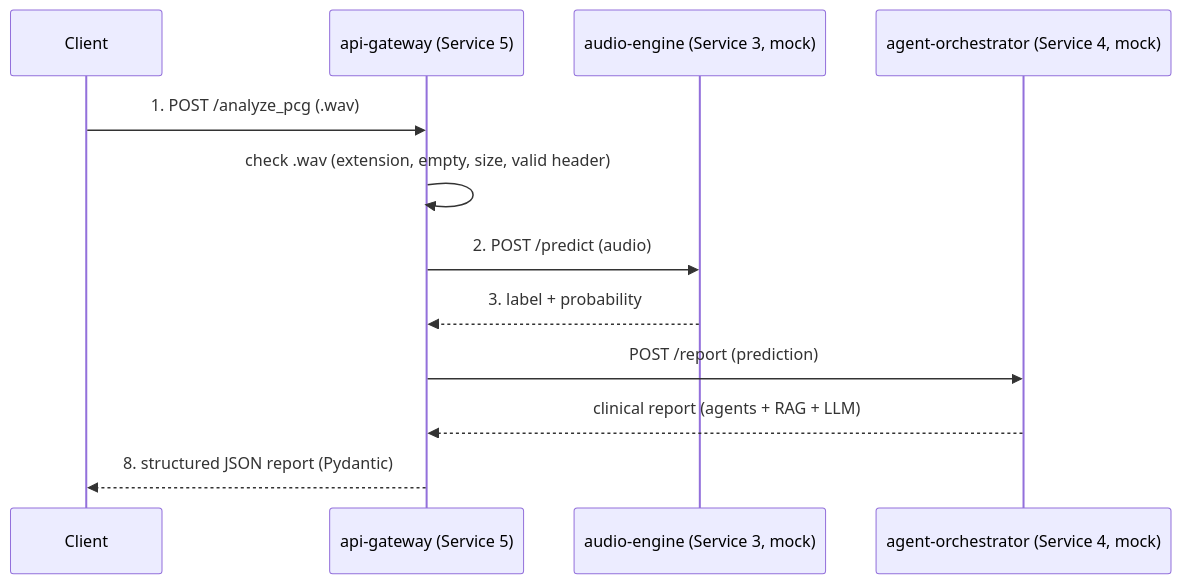
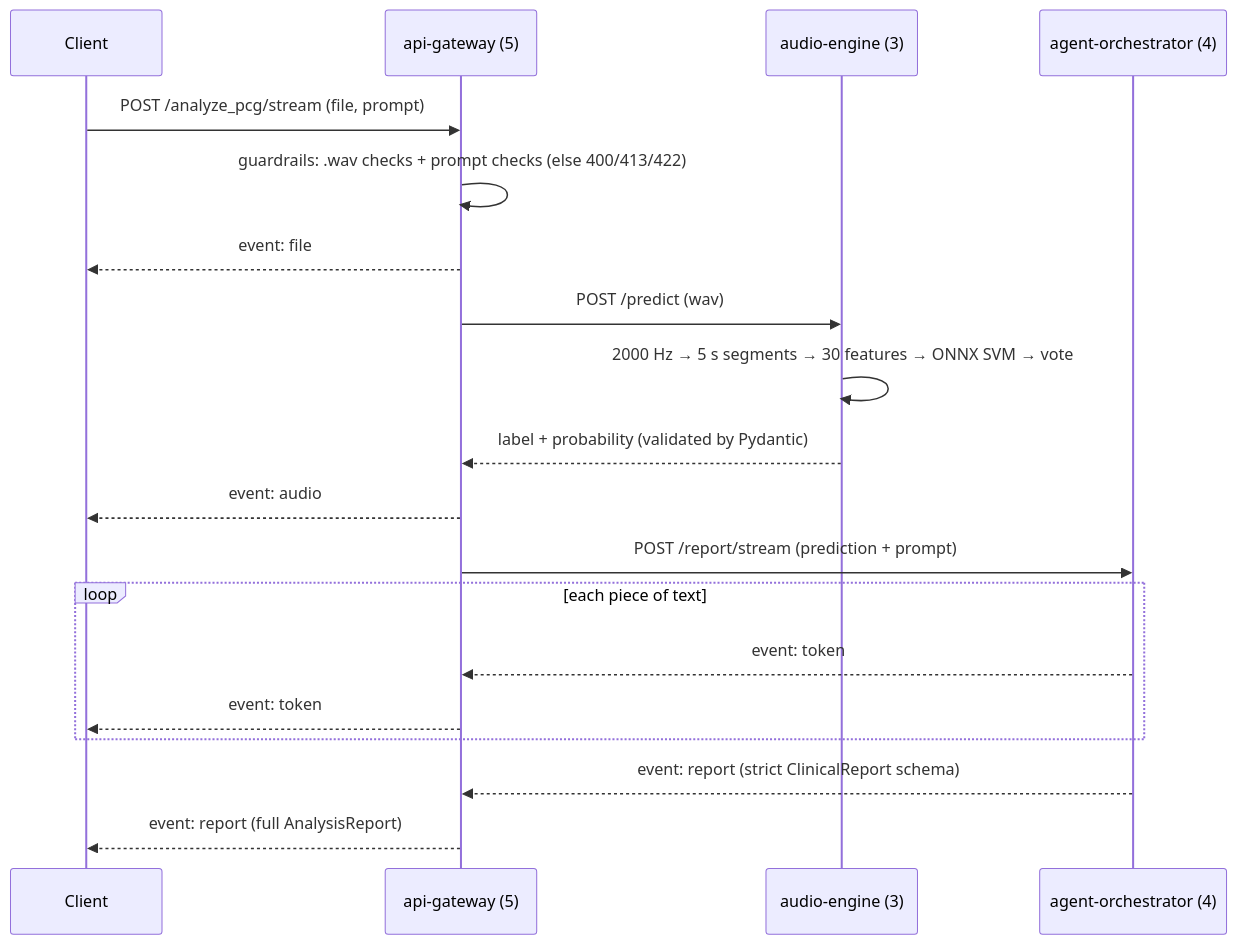
One commit to eyadhrif/-cardioagent-ops changed the second of 2 diagrams in README.md. Above: the diagram before and after it, drawn with Mermaid. The commit also changed other lines of this file, not shown here.

````diff
--- a/README.md
+++ b/README.md
@@ -15,14 +40,21 @@
 ```mermaid
 sequenceDiagram
     participant C as Client
-    participant G as api-gateway (Service 5)
-    participant A as audio-engine (Service 3, mock)
-    participant O as agent-orchestrator (Service 4, mock)
-    C->>G: 1. POST /analyze_pcg (.wav)
-    G->>G: check .wav (extension, empty, size, valid header)
-    G->>A: 2. POST /predict (audio)
-    A-->>G: 3. label + probability
-    G->>O: POST /report (prediction)
-    O-->>G: clinical report (agents + RAG + LLM)
-    G-->>C: 8. structured JSON report (Pydantic)
+    participant G as api-gateway (5)
+    participant A as audio-engine (3)
+    participant O as agent-orchestrator (4)
+    C->>G: POST /analyze_pcg/stream (file, prompt)
+    G->>G: guardrails: .wav checks + prompt checks (else 400/413/422)
+    G-->>C: event: file
+    G->>A: POST /predict (wav)
+    A->>A: 2000 Hz → 5 s segments → 30 features → ONNX SVM → vote
+    A-->>G: label + probability (validated by Pydantic)
+    G-->>C: event: audio
+    G->>O: POST /report/stream (prediction + prompt)
+    loop each piece of text
+        O-->>G: event: token
+        G-->>C: event: token
+    end
+    O-->>G: event: report (strict ClinicalReport schema)
+    G-->>C: event: report (full AnalysisReport)
 ```
````
